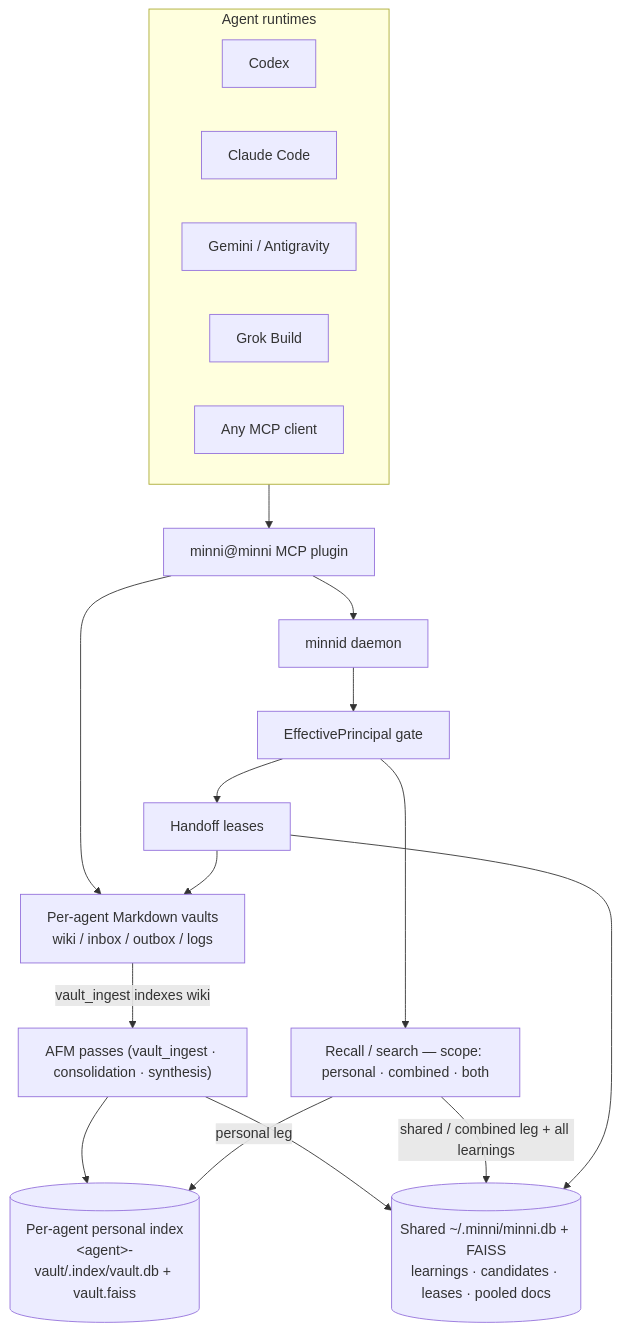
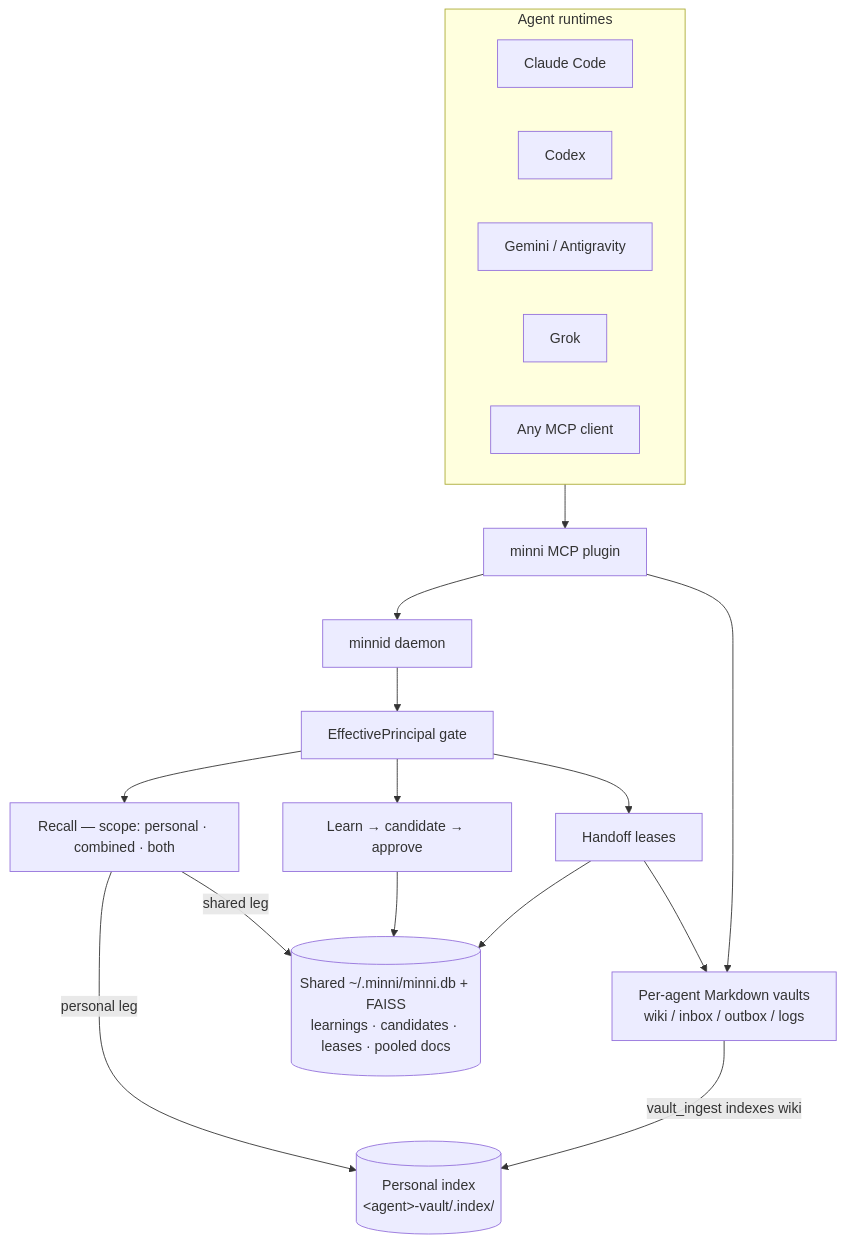
The diagram in README.md (infektyd/minni), drawn with Mermaid before and after one commit. The commit also changed other lines of this file and 9 other files, not shown here.

````diff
--- a/README.md
+++ b/README.md
@@ -84,34 +96,34 @@
 ```mermaid
 flowchart TD
     subgraph Runtimes["Agent runtimes"]
+      Claude["Claude Code"]
       Codex["Codex"]
-      Claude["Claude Code"]
       Gemini["Gemini / Antigravity"]
-      Grok["Grok Build"]
+      Grok["Grok"]
       Other["Any MCP client"]
     end
 
-    Plugin["minni@minni MCP plugin"]
+    Plugin["minni MCP plugin"]
     Daemon["minnid daemon"]
     Gate["EffectivePrincipal gate"]
-    Retrieval["Recall / search — scope: personal · combined · both"]
+    Retrieval["Recall — scope: personal · combined · both"]
+    Governance["Learn → candidate → approve"]
     Handoff["Handoff leases"]
 
     Vaults["Per-agent Markdown vaults<br/>wiki / inbox / outbox / logs"]
-    AFM["AFM passes (vault_ingest · consolidation · synthesis)"]
-    Personal[("Per-agent personal index<br/>&lt;agent&gt;-vault/.index/vault.db + vault.faiss")]
+    Personal[("Personal index<br/>&lt;agent&gt;-vault/.index/")]
     Shared[("Shared ~/.minni/minni.db + FAISS<br/>learnings · candidates · leases · pooled docs")]
 
     Runtimes --> Plugin --> Daemon --> Gate
     Plugin --> Vaults
-    Vaults -->|vault_ingest indexes wiki| AFM
-    AFM --> Personal
-    AFM --> Shared
+    Vaults -->|vault_ingest indexes wiki| Personal
 
     Gate --> Retrieval
+    Gate --> Governance
     Gate --> Handoff
     Retrieval -->|personal leg| Personal
-    Retrieval -->|shared / combined leg + all learnings| Shared
+    Retrieval -->|shared leg| Shared
+    Governance --> Shared
     Handoff --> Shared
     Handoff --> Vaults
 ```
````
